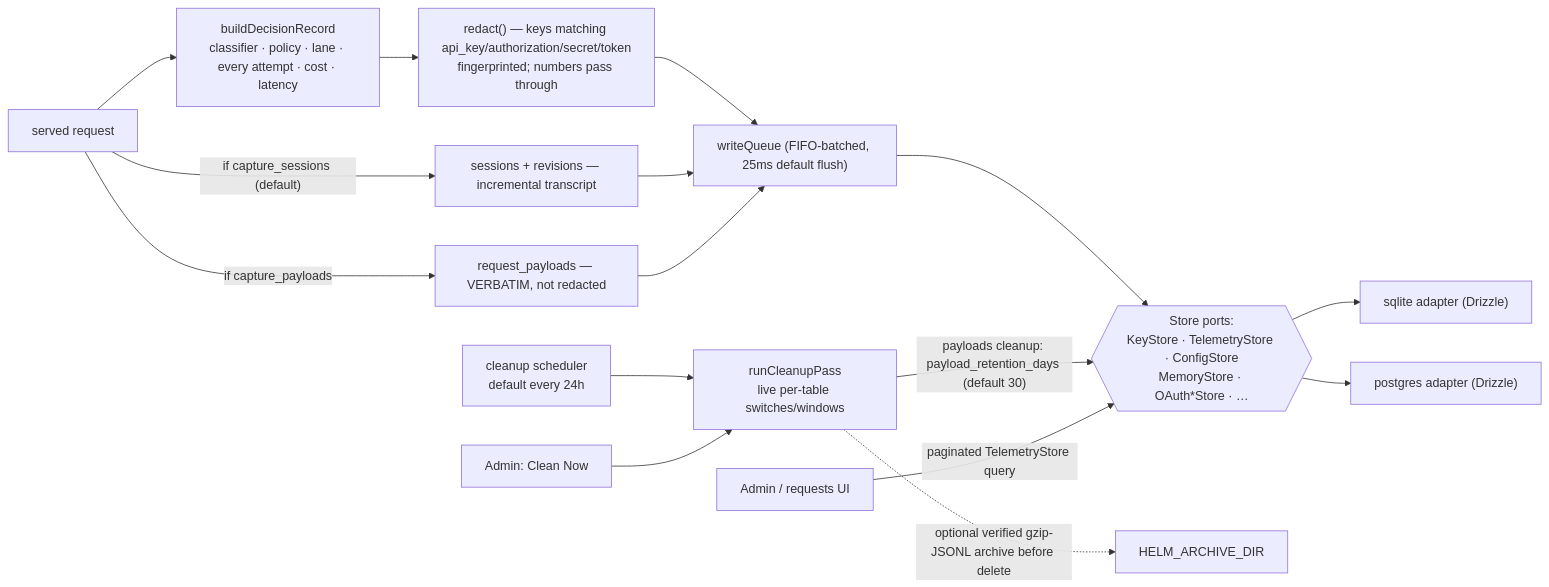
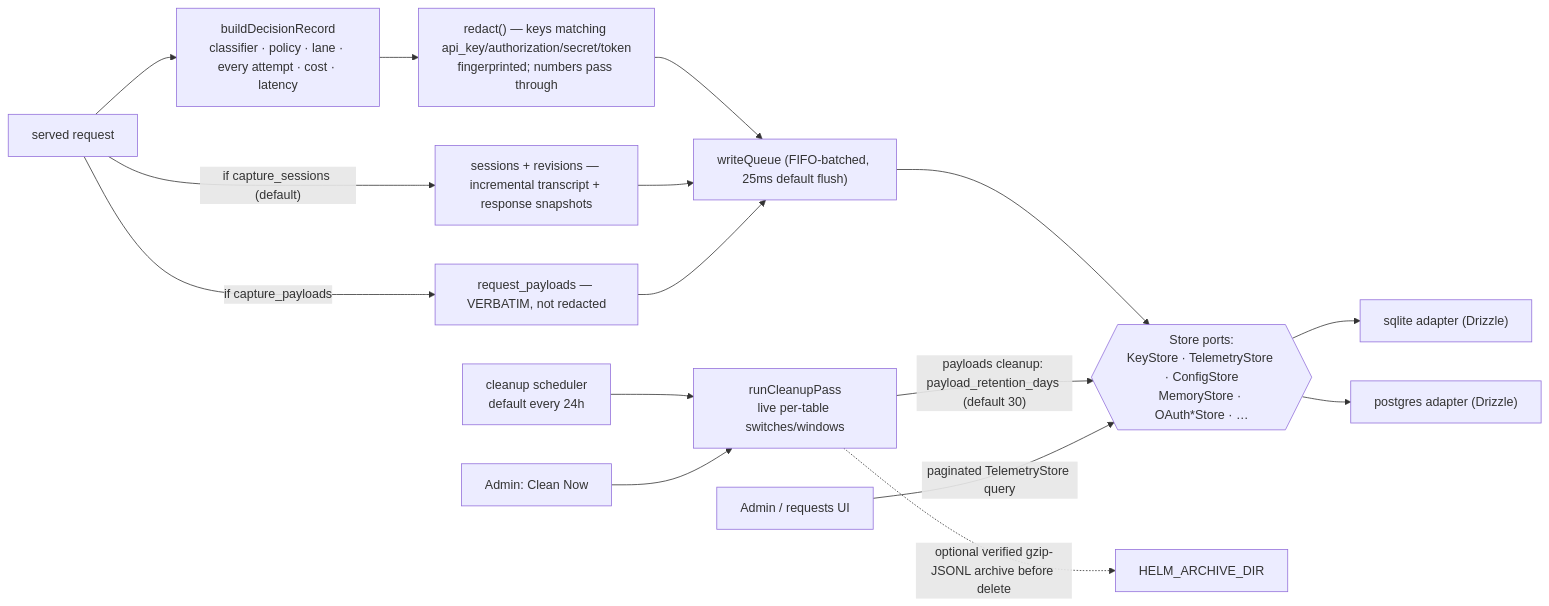
One commit to EasyMetaAu/helm-api changed diagram 13 of 13 in docs/architecture.md. Above: the diagram before and after it, drawn with Mermaid. The commit also changed 30 other files, not shown here.

Commit message:
fix: restore session response snapshots

````diff
--- a/docs/architecture.md
+++ b/docs/architecture.md
@@ -612,20 +612,20 @@
 ```mermaid
 flowchart LR
     REQ["served request"] --> BD["buildDecisionRecord<br/>classifier · policy · lane · every attempt · cost · latency"]
     BD --> RD["redact() — keys matching api_key/authorization/secret/token<br/>fingerprinted; numbers pass through"]
     RD --> WQ["writeQueue (FIFO-batched, 25ms default flush)"]
-    REQ -->|"if capture_sessions (default)"| ST["sessions + revisions — incremental transcript"]
+    REQ -->|"if capture_sessions (default)"| ST["sessions + revisions — incremental transcript + response snapshots"]
     REQ -->|"if capture_payloads"| PL["request_payloads — VERBATIM, not redacted"]
     ST --> WQ
     PL --> WQ
     WQ --> PORTS{{"Store ports:<br/>KeyStore · TelemetryStore · ConfigStore<br/>MemoryStore · OAuth*Store · …"}}
     PORTS --> SQ["sqlite adapter (Drizzle)"]
     PORTS --> PG["postgres adapter (Drizzle)"]
 
     TICK["cleanup scheduler<br/>default every 24h"] --> RUN["runCleanupPass<br/>live per-table switches/windows"]
     MAN["Admin: Clean Now"] --> RUN
     RUN -->|"payloads cleanup: payload_retention_days (default 30)"| PORTS
     RUN -.->|"optional verified gzip-JSONL archive before delete"| ARC["HELM_ARCHIVE_DIR"]
 
     ADM["Admin / requests UI"] -->|"paginated TelemetryStore query"| PORTS
 ```
````
